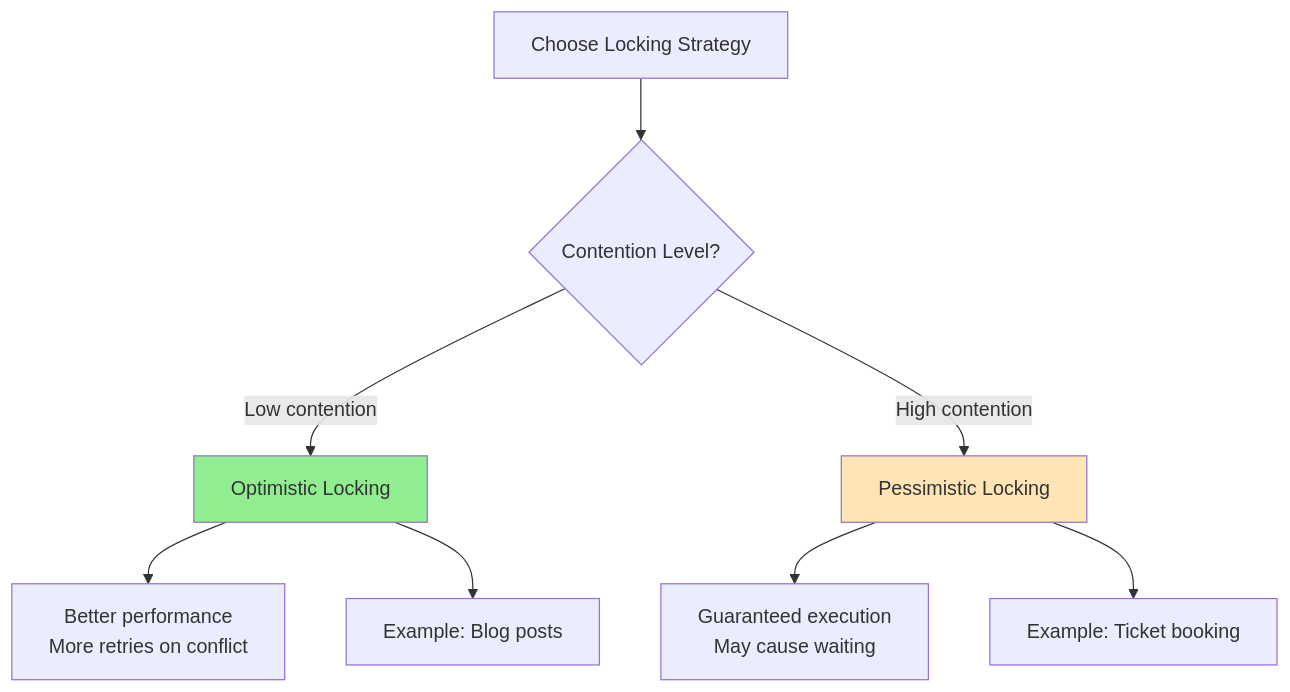
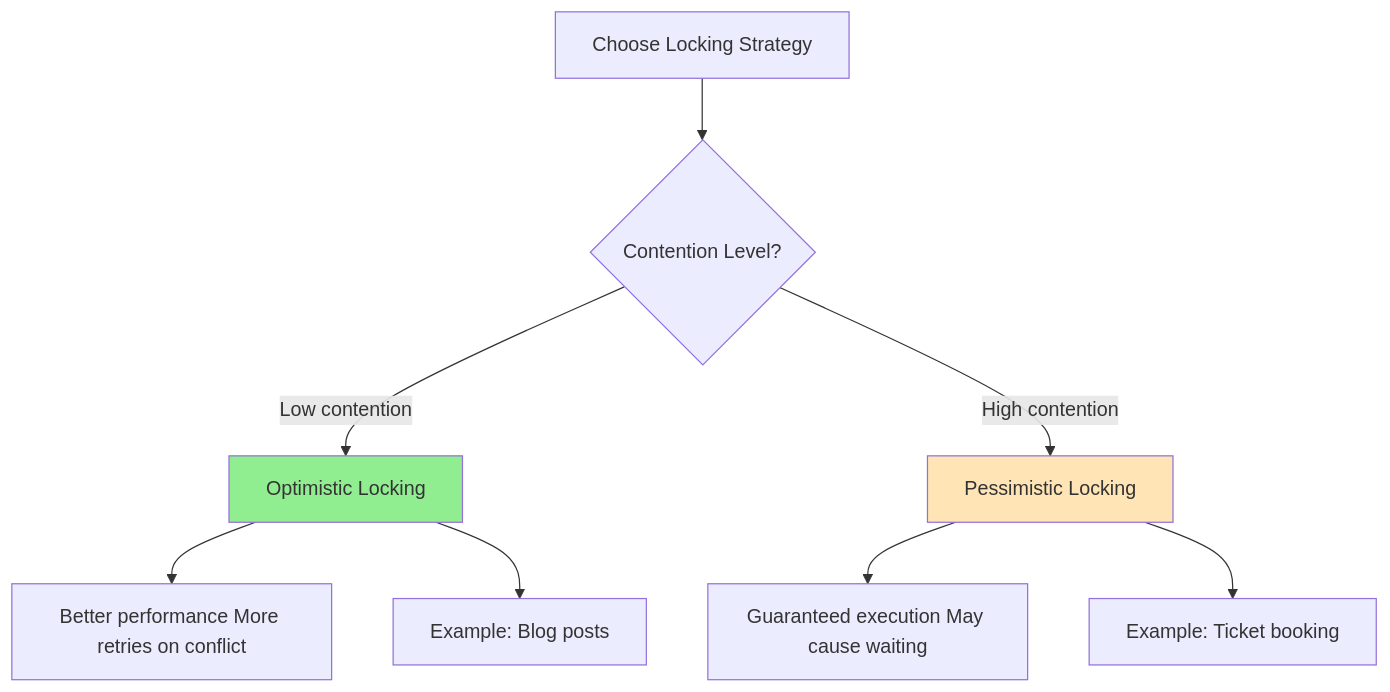
Before and after one commit to p1kmr/for-reading: diagram 12 of 39 in Distributed_Concurrency_Control_Guide.md, drawn with Mermaid. The commit also changed other lines of this file and 2 other files, not shown here.

Commit message:
Fix Mermaid rendering issues in Databases and Message Queues guides by simplifying complex diagrams

````diff
--- a/Distributed_Concurrency_Control_Guide.md
+++ b/Distributed_Concurrency_Control_Guide.md
@@ -589,16 +589,16 @@
 ```mermaid
 graph TD
     A[Choose Locking Strategy] --> B{Contention Level?}
 
     B -->|Low contention| C[Optimistic Locking]
     B -->|High contention| D[Pessimistic Locking]
 
-    C --> E[Better performance<br/>More retries on conflict]
-    D --> F[Guaranteed execution<br/>May cause waiting]
+    C --> E[Better performance More retries on conflict]
+    D --> F[Guaranteed execution May cause waiting]
 
     C --> G[Example: Blog posts]
     D --> H[Example: Ticket booking]
 
     style C fill:#90EE90
     style D fill:#FFE4B5
 ```
````
